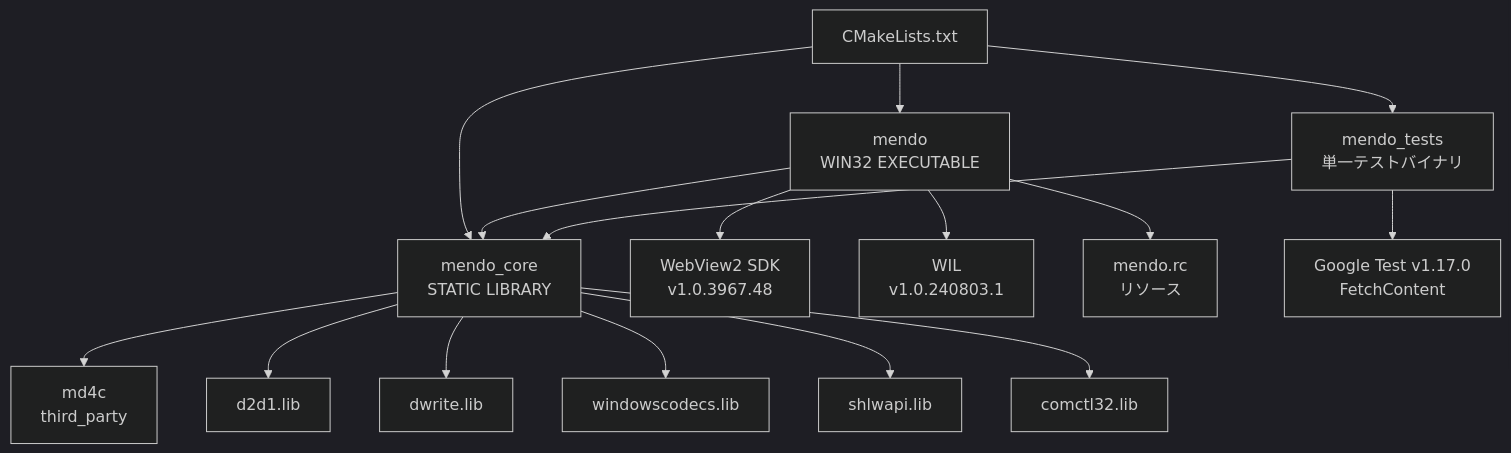
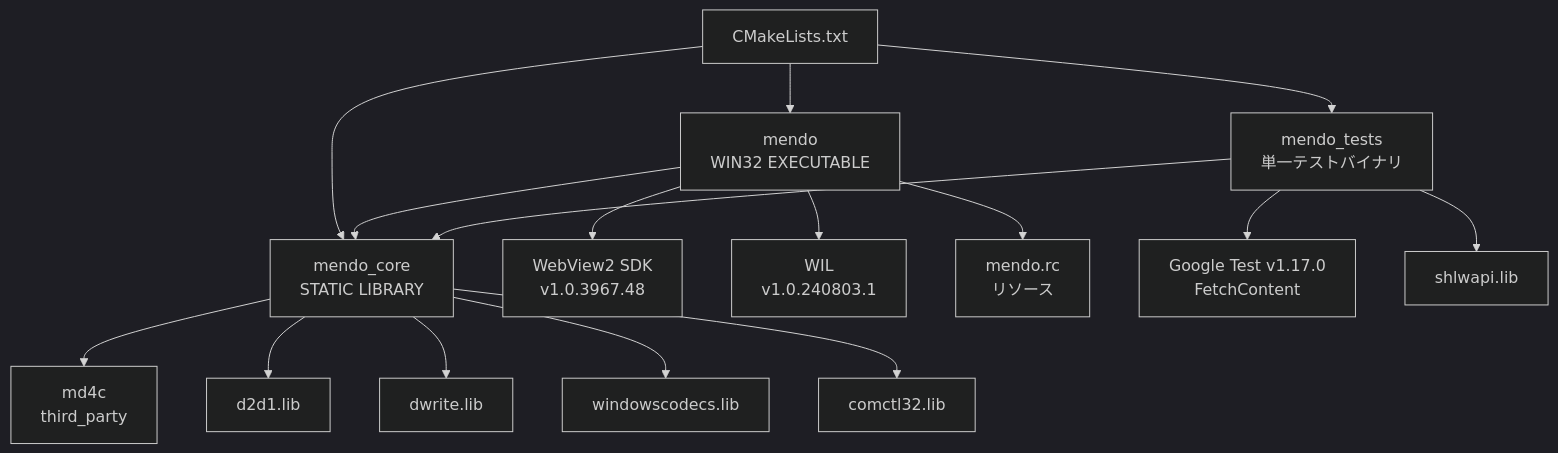
One commit to tanaton/mendo changed diagram 20 of 27 in example/test.md. Above: the diagram before and after it, drawn with Mermaid (dark theme). The commit also changed other lines of this file and 88 other files, not shown here.

````diff
--- a/example/test.md
+++ b/example/test.md
@@ -2885,20 +2877,20 @@
 ```mermaid
 graph TD
     ROOT[CMakeLists.txt] --> CORE[mendo_core<br>STATIC LIBRARY]
     ROOT --> EXE[mendo<br>WIN32 EXECUTABLE]
     ROOT --> TEST[mendo_tests<br>単一テストバイナリ]
 
     CORE --> MD4C[md4c<br>third_party]
     EXE --> CORE
     EXE --> WV2[WebView2 SDK<br>v1.0.3967.48]
     EXE --> WIL[WIL<br>v1.0.240803.1]
     EXE --> RC[mendo.rc<br>リソース]
     TEST --> CORE
     TEST --> GTEST[Google Test v1.17.0<br>FetchContent]
+    TEST --> SHLWAPI[shlwapi.lib]
 
     CORE --> D2D1[d2d1.lib]
     CORE --> DWRITE[dwrite.lib]
     CORE --> WIC_LIB[windowscodecs.lib]
-    CORE --> SHLWAPI[shlwapi.lib]
     CORE --> COMCTL[comctl32.lib]
 ```
````
